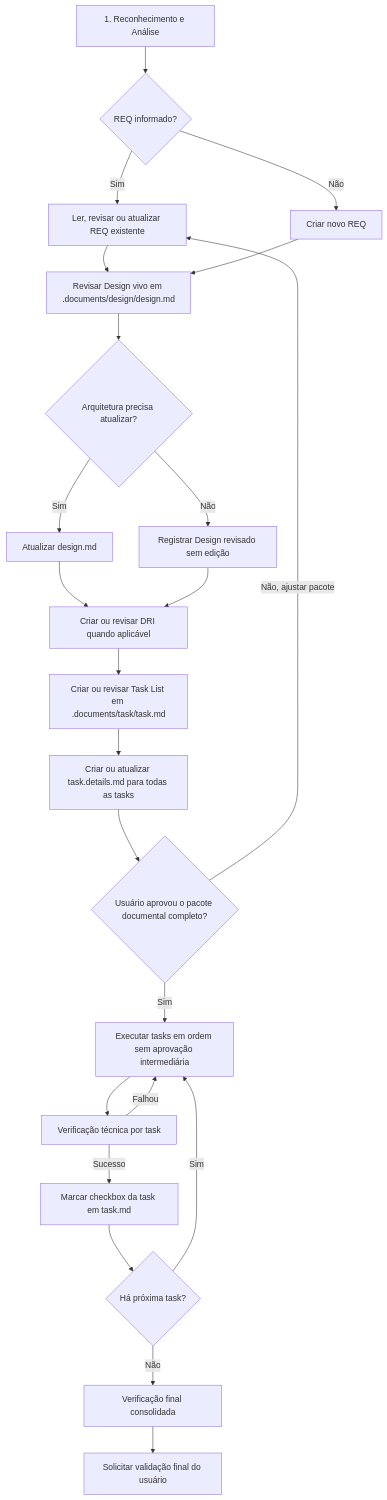
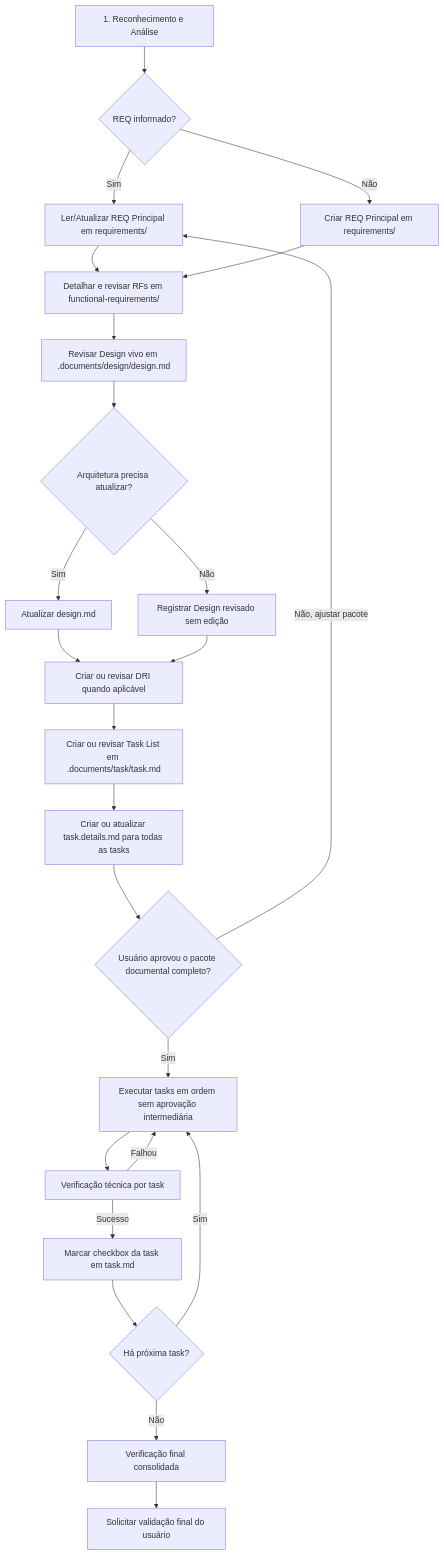
One commit to builttech/okestre-final changed the diagram in GPT_INSTRUCTIONS.md. Above: the diagram before and after it, drawn with Mermaid. The commit also changed other lines of this file and 14 other files, not shown here.

````diff
--- a/GPT_INSTRUCTIONS.md
+++ b/GPT_INSTRUCTIONS.md
@@ -42,25 +43,26 @@
 ```mermaid
 graph TD
     A["1. Reconhecimento e Análise"] --> B{"REQ informado?"}
-    B -->|"Sim"| C["Ler, revisar ou atualizar REQ existente"]
-    B -->|"Não"| D["Criar novo REQ"]
-    C --> E["Revisar Design vivo em .documents/design/design.md"]
-    D --> E
+    B -->|"Sim"| C["Ler/Atualizar REQ Principal em requirements/"]
+    B -->|"Não"| D["Criar REQ Principal em requirements/"]
+    C --> C2["Detalhar e revisar RFs em functional-requirements/"]
+    D --> C2
+    C2 --> E["Revisar Design vivo em .documents/design/design.md"]
     E --> F{"Arquitetura precisa atualizar?"}
     F -->|"Sim"| G["Atualizar design.md"]
     F -->|"Não"| H["Registrar Design revisado sem edição"]
     G --> I["Criar ou revisar DRI quando aplicável"]
     H --> I
     I --> J["Criar ou revisar Task List em .documents/task/task.md"]
     J --> K["Criar ou atualizar task.details.md para todas as tasks"]
     K --> L{"Usuário aprovou o pacote documental completo?"}
     L -->|"Não, ajustar pacote"| C
     L -->|"Sim"| M["Executar tasks em ordem sem aprovação intermediária"]
     M --> N["Verificação técnica por task"]
     N -->|"Falhou"| M
     N -->|"Sucesso"| O["Marcar checkbox da task em task.md"]
     O --> P{"Há próxima task?"}
     P -->|"Sim"| M
     P -->|"Não"| Q["Verificação final consolidada"]
     Q --> R["Solicitar validação final do usuário"]
 ```
````
